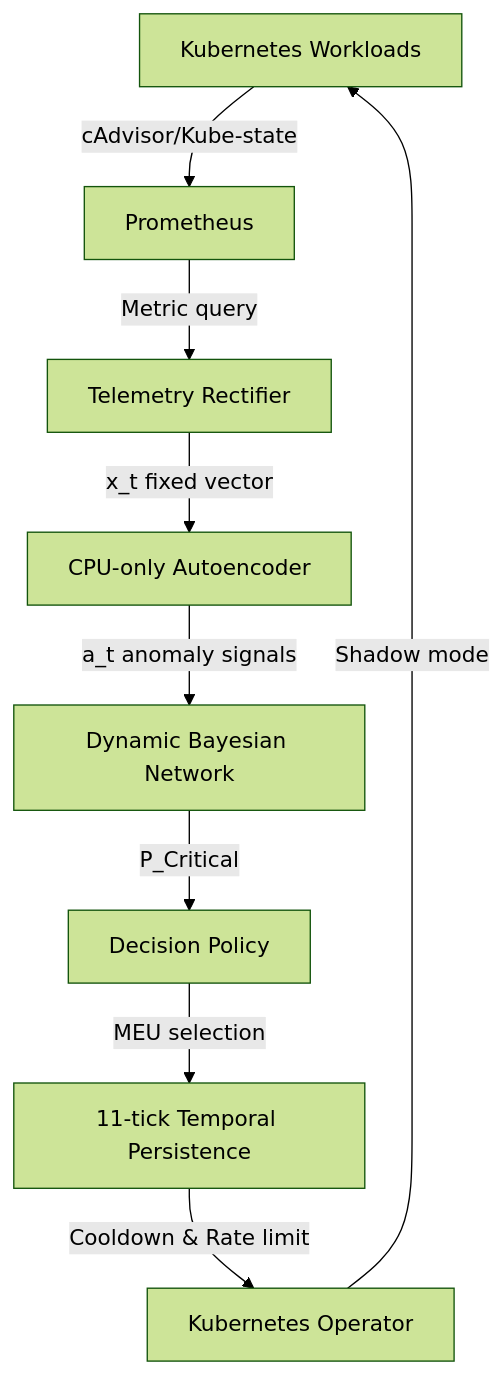
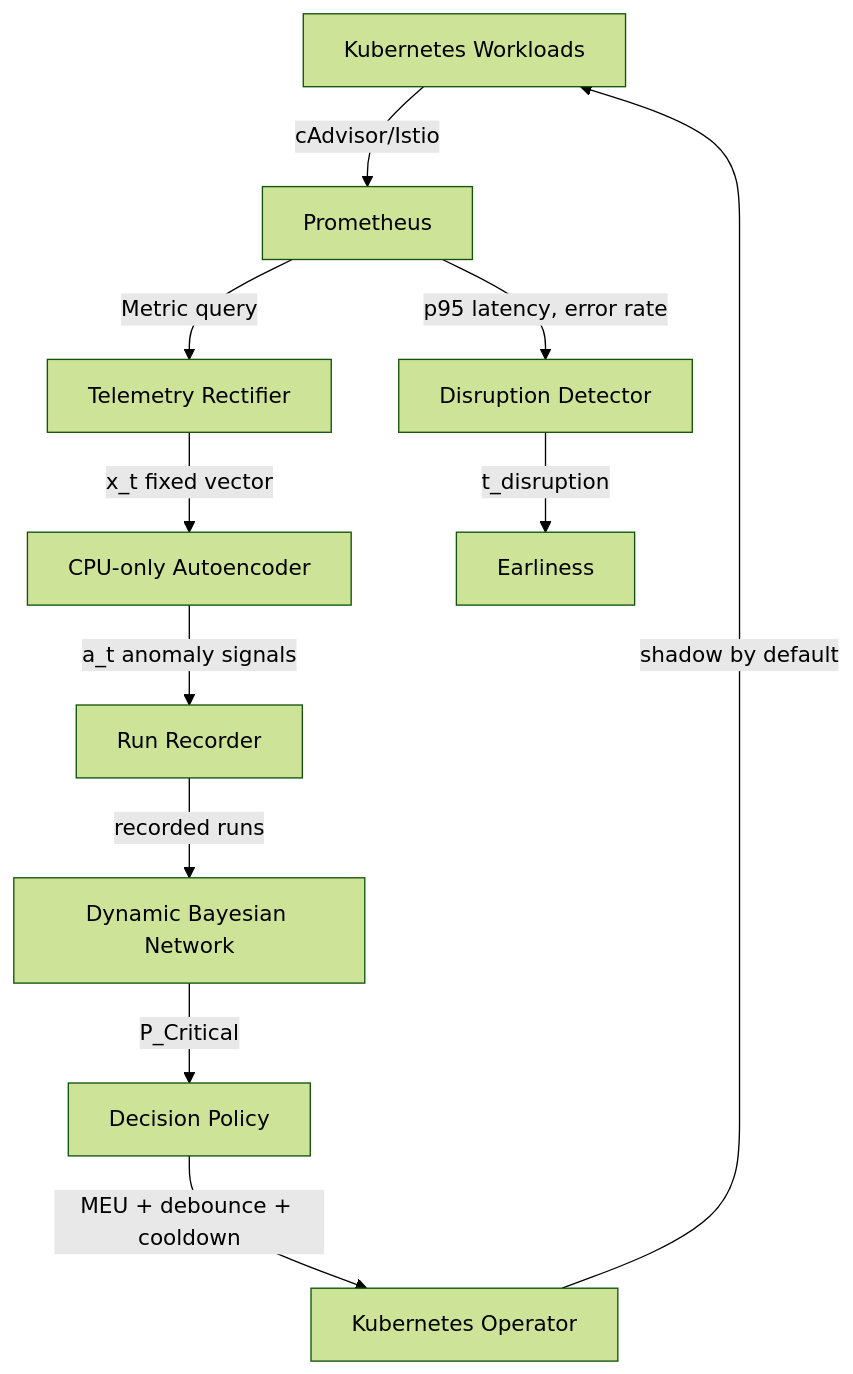
Before and after one commit to AparnaBharani/k8s-failure-prediction-dbn: the diagram in README.md, drawn with Mermaid (forest theme). The commit also changed other lines of this file, not shown here.

````diff
--- a/README.md
+++ b/README.md
@@ -9,11 +9,13 @@
 ```mermaid
 graph TD
-    K8s[Kubernetes Workloads] -->|cAdvisor/Kube-state| Prom[Prometheus]
+    K8s[Kubernetes Workloads] -->|cAdvisor/Istio| Prom[Prometheus]
     Prom -->|Metric query| Rect[Telemetry Rectifier]
     Rect -->|x_t fixed vector| AE[CPU-only Autoencoder]
-    AE -->|a_t anomaly signals| DBN[Dynamic Bayesian Network]
+    AE -->|a_t anomaly signals| Rec[Run Recorder]
+    Rec -->|recorded runs| DBN[Dynamic Bayesian Network]
     DBN -->|P_Critical| DP[Decision Policy]
-    DP -->|MEU selection| Temp[11-tick Temporal Persistence]
-    Temp -->|Cooldown & Rate limit| Op[Kubernetes Operator]
-    Op -->|Shadow mode| K8s
+    DP -->|MEU + debounce + cooldown| Op[Kubernetes Operator]
+    Op -->|shadow by default| K8s
+    Prom -->|p95 latency, error rate| Dis[Disruption Detector]
+    Dis -->|t_disruption| Earl[Earliness]
 ```
````
